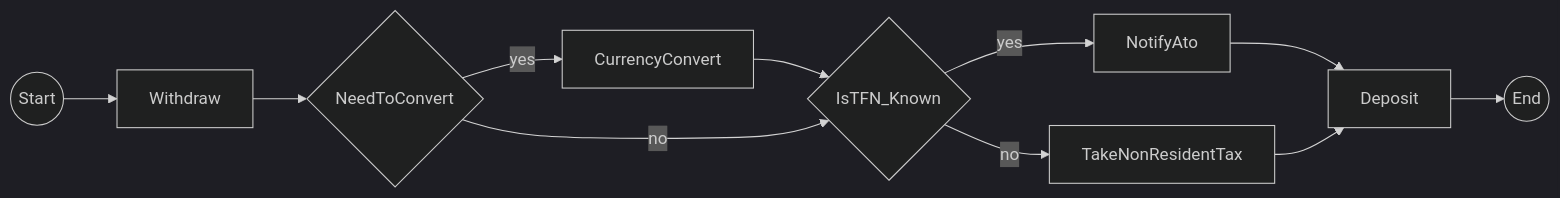
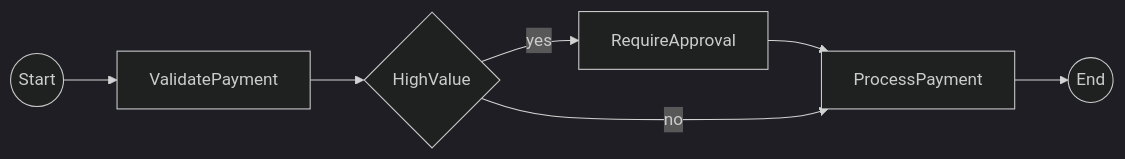
Before and after one commit to LucaDeLeo/temporalio-graphs: the first of 3 diagrams in README.md, drawn with Mermaid (dark theme). The commit also changed other lines of this file and 122 other files, not shown here.

````diff
--- a/README.md
+++ b/README.md
@@ -677,8 +175,7 @@
 ```mermaid
 flowchart LR
-s((Start)) --> Withdraw --> 0{NeedToConvert}
-0{NeedToConvert} -- yes --> CurrencyConvert --> 1{IsTFN_Known}
-0{NeedToConvert} -- no --> 1{IsTFN_Known}
-1{IsTFN_Known} -- yes --> NotifyAto --> Deposit --> e((End))
-1{IsTFN_Known} -- no --> TakeNonResidentTax --> Deposit
+s((Start)) --> ValidatePayment
+ValidatePayment --> d0{HighValue}
+d0 -- yes --> RequireApproval --> ProcessPayment --> e((End))
+d0 -- no --> ProcessPayment
 ```
````
